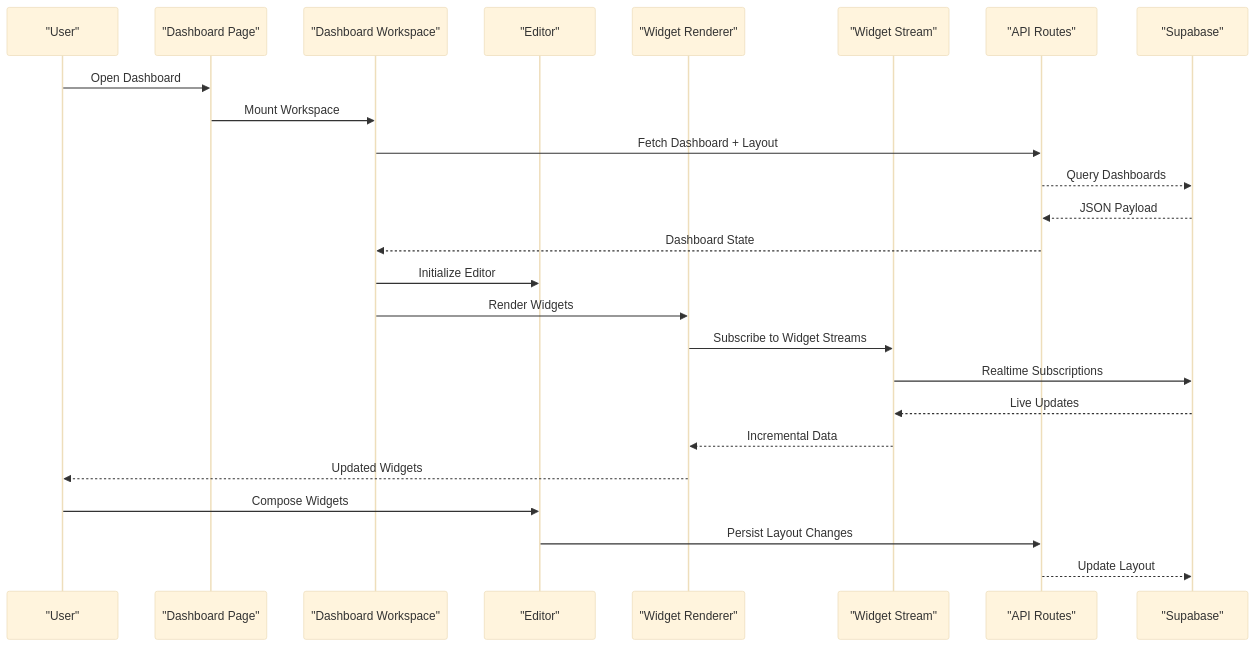
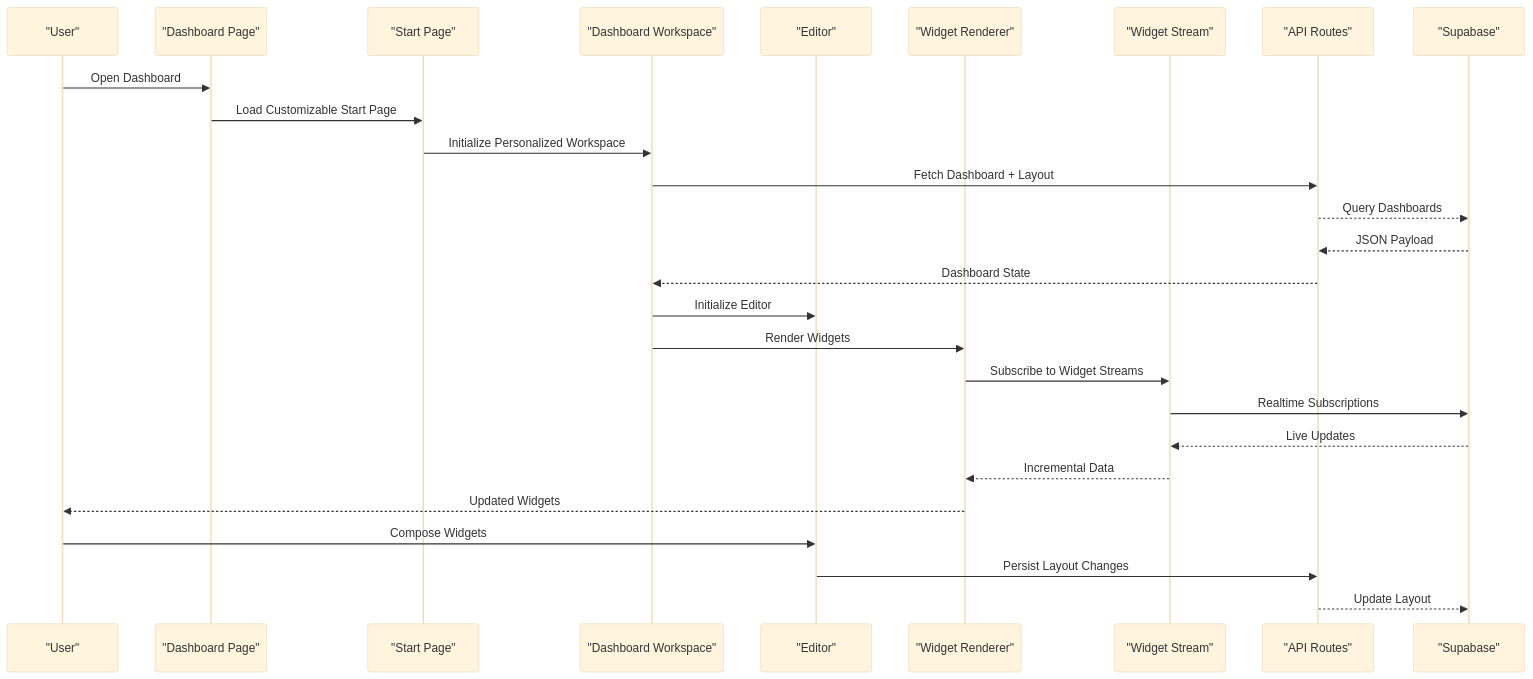
One commit to EdwinCycling/LiquidHR changed the second of 15 diagrams in .qoder/repowiki/en/content/Advanced Features/Dashboard Engine/Dashboard Engine.md. Above: the diagram before and after it, drawn with Mermaid (base theme). The commit also changed other lines of this file and 26 other files, not shown here.

````diff
--- a/.qoder/repowiki/en/content/Advanced Features/Dashboard Engine/Dashboard Engine.md
+++ b/.qoder/repowiki/en/content/Advanced Features/Dashboard Engine/Dashboard Engine.md
@@ -198,27 +235,29 @@
 ```mermaid
 sequenceDiagram
 participant U as "User"
 participant P as "Dashboard Page"
+participant SP as "Start Page"
 participant W as "Dashboard Workspace"
 participant E as "Editor"
 participant R as "Widget Renderer"
 participant S as "Widget Stream"
 participant A as "API Routes"
 participant DB as "Supabase"
 U->>P : Open Dashboard
-P->>W : Mount Workspace
+P->>SP : Load Customizable Start Page
+SP->>W : Initialize Personalized Workspace
 W->>A : Fetch Dashboard + Layout
 A-->>DB : Query Dashboards
 DB-->>A : JSON Payload
 A-->>W : Dashboard State
 W->>E : Initialize Editor
 W->>R : Render Widgets
 R->>S : Subscribe to Widget Streams
 S->>DB : Realtime Subscriptions
 DB-->>S : Live Updates
 S-->>R : Incremental Data
 R-->>U : Updated Widgets
 U->>E : Compose Widgets
 E->>A : Persist Layout Changes
 A-->>DB : Update Layout
 ```
````
